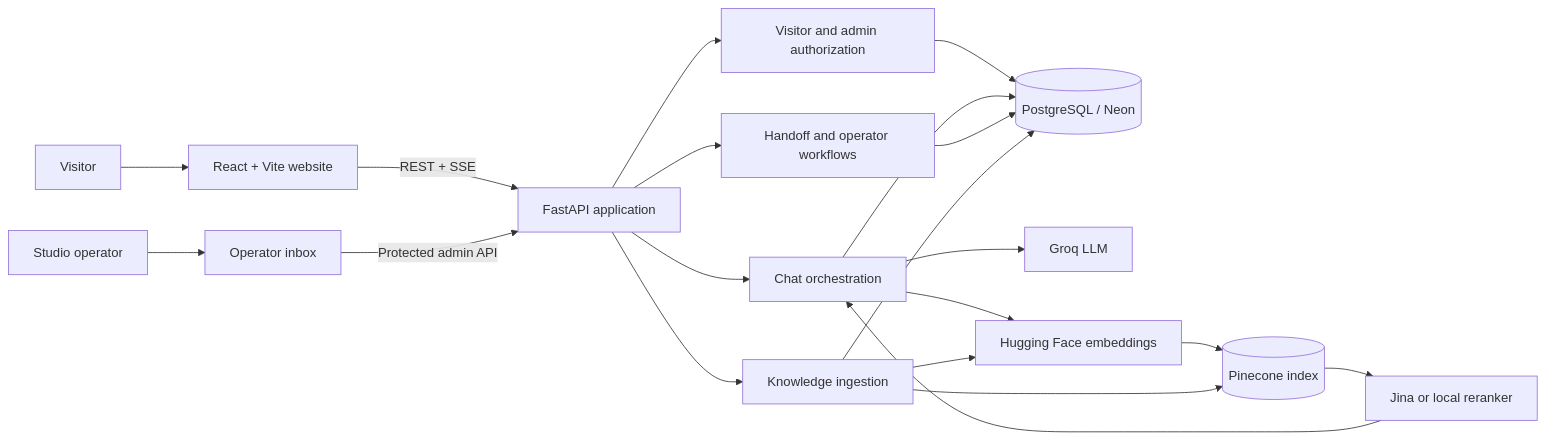
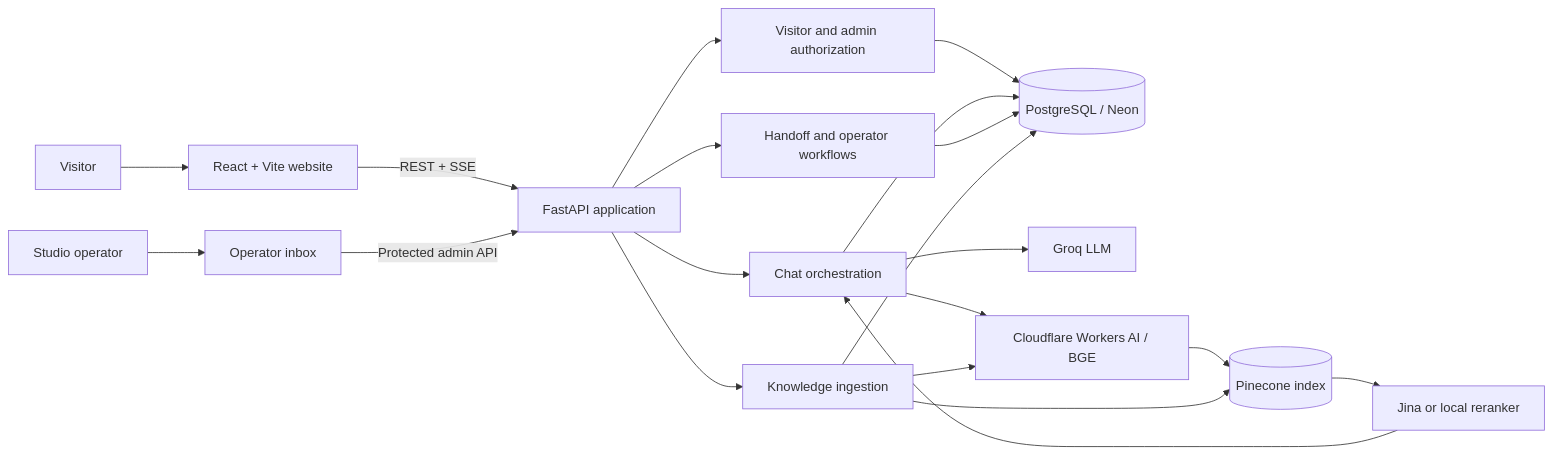
One commit to hammadproject/modo-studio-intelligence-desk changed the diagram in README.md. Above: the diagram before and after it, drawn with Mermaid. The commit also changed other lines of this file and 9 other files, not shown here.

Commit message:
feat: use Cloudflare for hosted embeddings

````diff
--- a/README.md
+++ b/README.md
@@ -41,27 +41,27 @@
 ```mermaid
 flowchart LR
     Visitor[Visitor] --> Web[React + Vite website]
     Operator[Studio operator] --> Desk[Operator inbox]
 
     Web -->|REST + SSE| API[FastAPI application]
     Desk -->|Protected admin API| API
 
     API --> Auth[Visitor and admin authorization]
     API --> Chat[Chat orchestration]
     API --> Ops[Handoff and operator workflows]
     API --> Ingest[Knowledge ingestion]
 
     Auth --> DB[(PostgreSQL / Neon)]
     Chat --> DB
     Ops --> DB
     Ingest --> DB
 
     Chat --> Groq[Groq LLM]
-    Chat --> Embed[Hugging Face embeddings]
+    Chat --> Embed[Cloudflare Workers AI / BGE]
     Embed --> Pinecone[(Pinecone index)]
     Pinecone --> Rerank[Jina or local reranker]
     Rerank --> Chat
 
     Ingest --> Embed
     Ingest --> Pinecone
 ```
````
